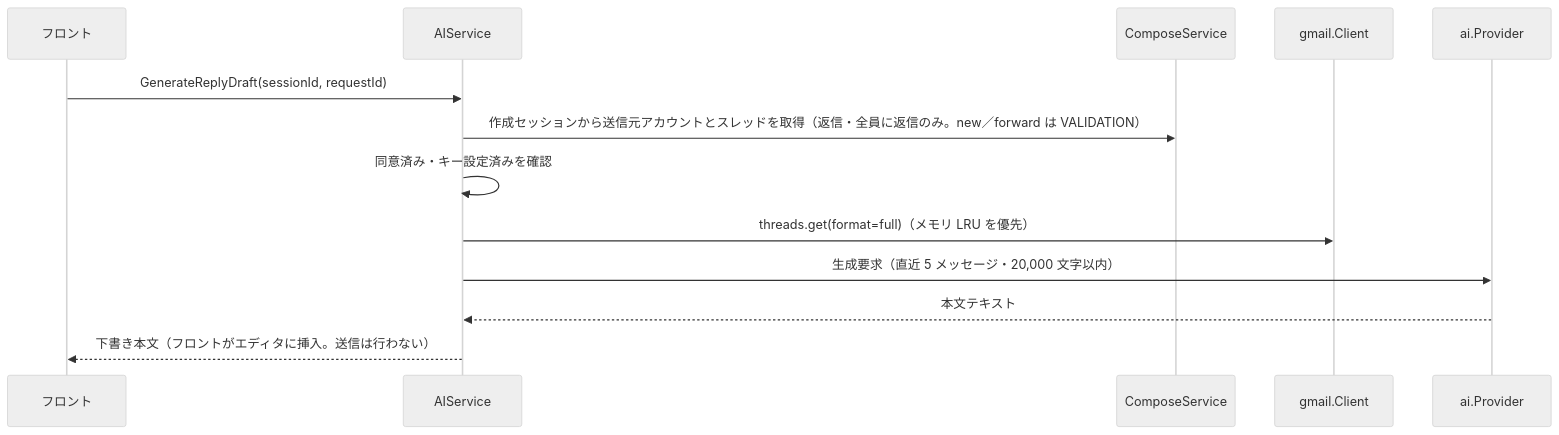
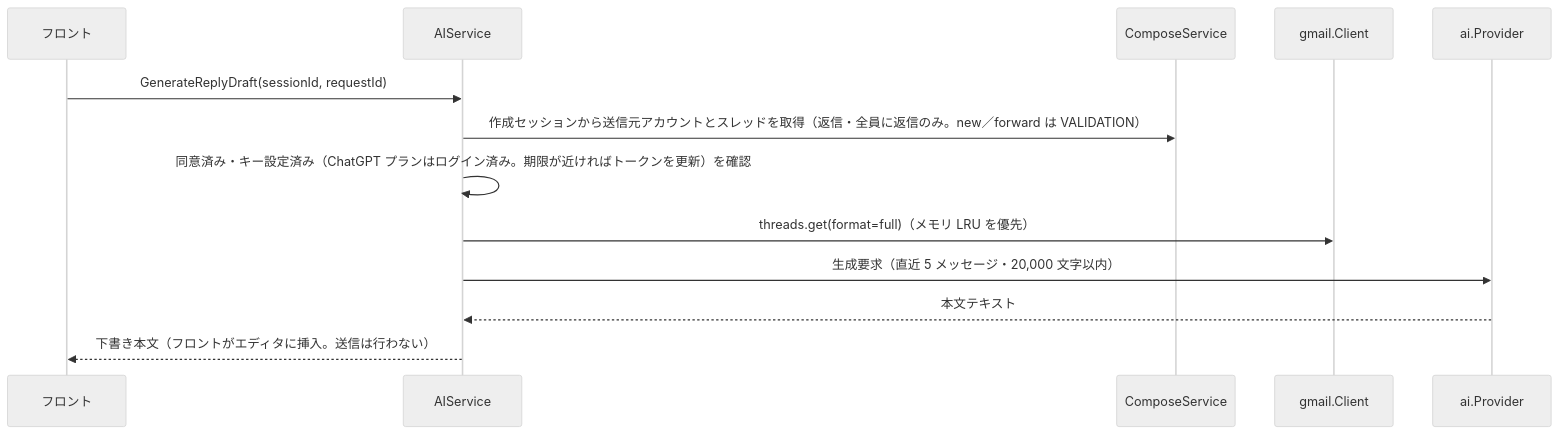
Before and after one commit to ousiassllc/hitomado: the fifth of 5 diagrams in docs/architecture/overview.md, drawn with Mermaid (neutral theme). The commit also changed other lines of this file and 34 other files, not shown here.

First line of the commit message:
feat: 設定画面にモデル一覧からの選択と ChatGPT でのログインを追加し、仕様書・README を更新 (#75, #76)

````diff
--- a/docs/architecture/overview.md
+++ b/docs/architecture/overview.md
@@ -240,15 +242,15 @@
 ```mermaid
 sequenceDiagram
   participant FE as フロント
   participant AI as AIService
   participant CS as ComposeService
   participant GM as gmail.Client
   participant PV as ai.Provider
   FE->>AI: GenerateReplyDraft(sessionId, requestId)
   AI->>CS: 作成セッションから送信元アカウントとスレッドを取得（返信・全員に返信のみ。new／forward は VALIDATION）
-  AI->>AI: 同意済み・キー設定済みを確認
+  AI->>AI: 同意済み・キー設定済み（ChatGPT プランはログイン済み。期限が近ければトークンを更新）を確認
   AI->>GM: threads.get(format=full)（メモリ LRU を優先）
   AI->>PV: 生成要求（直近 5 メッセージ・20,000 文字以内）
   PV-->>AI: 本文テキスト
   AI-->>FE: 下書き本文（フロントがエディタに挿入。送信は行わない）
 ```
````
